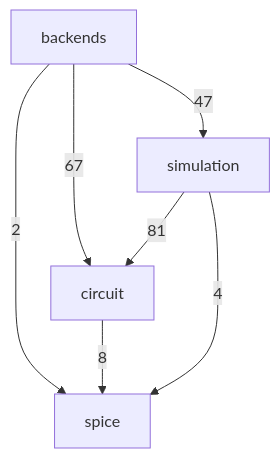
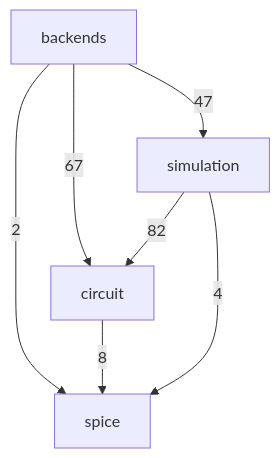
One commit to ronnymilleo/imcsim changed the second of 3 diagrams in docs/architecture.md. Above: the diagram before and after it, drawn with Mermaid.

Commit message:
Update architecture include diagram

````diff
--- a/docs/architecture.md
+++ b/docs/architecture.md
@@ -33,13 +33,13 @@
 ```mermaid
 flowchart TD
     app_core_spice[spice]
     app_core_circuit[circuit]
     app_core_simulation[simulation]
     app_core_backends[backends]
     app_core_backends -->|67| app_core_circuit
     app_core_backends -->|47| app_core_simulation
     app_core_backends -->|2| app_core_spice
     app_core_circuit -->|8| app_core_spice
-    app_core_simulation -->|81| app_core_circuit
+    app_core_simulation -->|82| app_core_circuit
     app_core_simulation -->|4| app_core_spice
 ```
````
